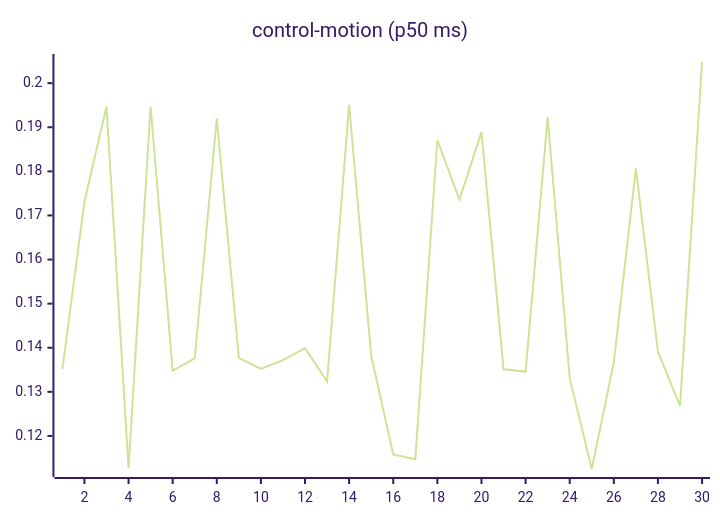
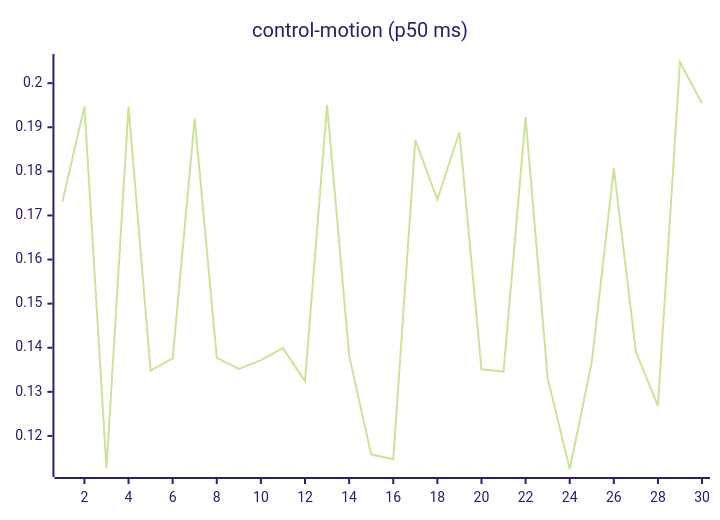
Before and after one commit to josha/Facet: the seventh of 27 diagrams in README.md, drawn with Mermaid (forest theme). The commit also changed other lines of this file and 2 other files, not shown here.

````diff
--- a/README.md
+++ b/README.md
@@ -105,6 +105,6 @@
 ```mermaid
 xychart-beta
     title "control-motion (p50 ms)"
     x-axis 1 --> 30
-    line [0.1351, 0.1731, 0.1947, 0.1127, 0.1947, 0.1348, 0.1376, 0.1920, 0.1377, 0.1352, 0.1372, 0.1399, 0.1324, 0.1951, 0.1382, 0.1158, 0.1147, 0.1871, 0.1736, 0.1889, 0.1351, 0.1346, 0.1923, 0.1331, 0.1125, 0.1367, 0.1807, 0.1391, 0.1268, 0.2048]
+    line [0.1731, 0.1947, 0.1127, 0.1947, 0.1348, 0.1376, 0.1920, 0.1377, 0.1352, 0.1372, 0.1399, 0.1324, 0.1951, 0.1382, 0.1158, 0.1147, 0.1871, 0.1736, 0.1889, 0.1351, 0.1346, 0.1923, 0.1331, 0.1125, 0.1367, 0.1807, 0.1391, 0.1268, 0.2048, 0.1954]
 ```
````
